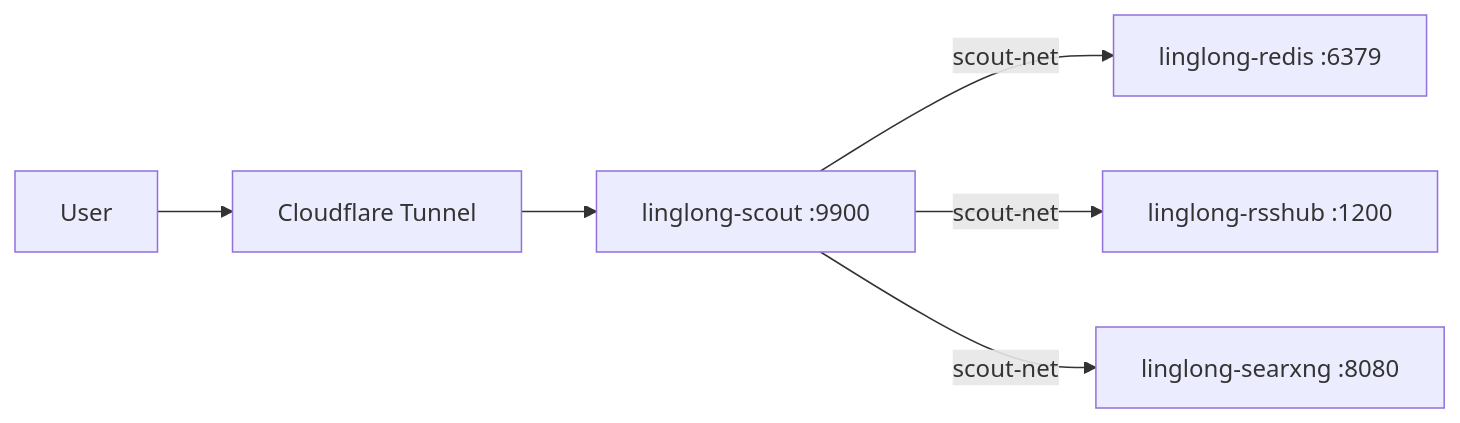
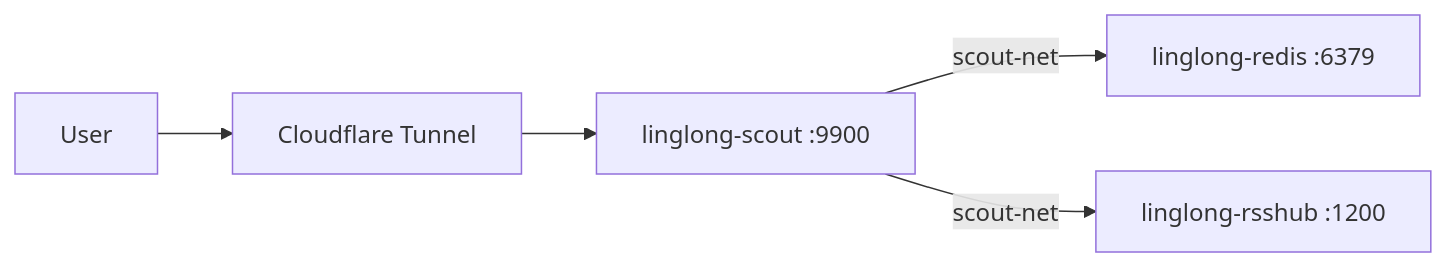
Before and after one commit to xinovate/linglong-scout: the fourth of 4 diagrams in docs/design/06-mcp.md, drawn with Mermaid. The commit also changed other lines of this file and 17 other files, not shown here.

First line of the commit message:
docs: 清理 SearXNG 引用，更新规则文件和文档

````diff
--- a/docs/design/06-mcp.md
+++ b/docs/design/06-mcp.md
@@ -97,8 +96,7 @@
 ```mermaid
 graph LR
     User --> CF[Cloudflare Tunnel]
     CF --> Scout[linglong-scout :9900]
     Scout -->|scout-net| Redis[linglong-redis :6379]
     Scout -->|scout-net| RSSHub[linglong-rsshub :1200]
-    Scout -->|scout-net| SearXNG[linglong-searxng :8080]
 ```
````
